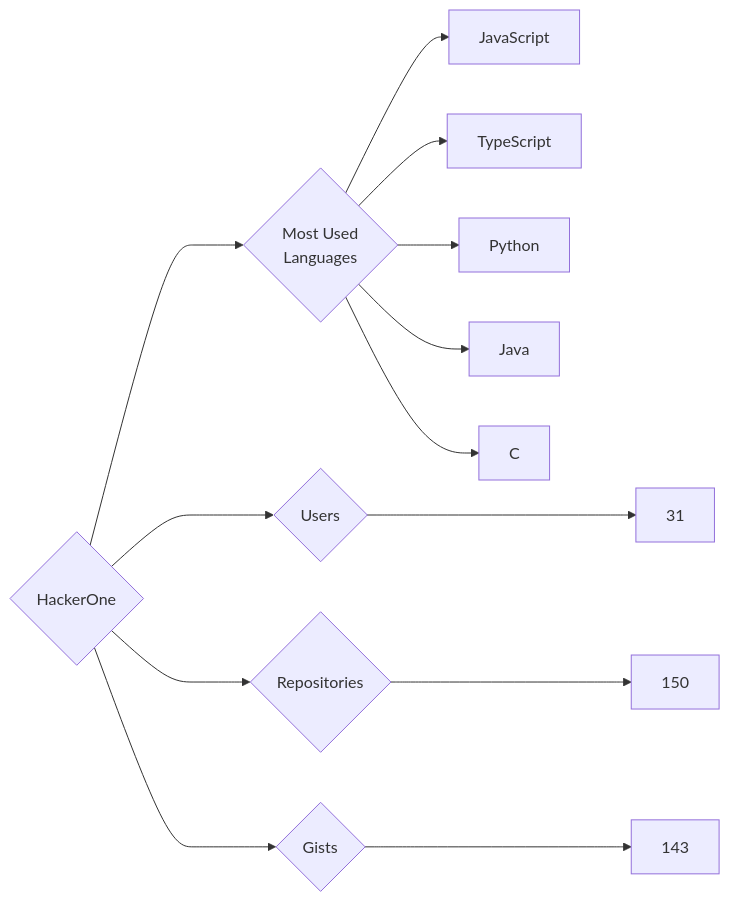
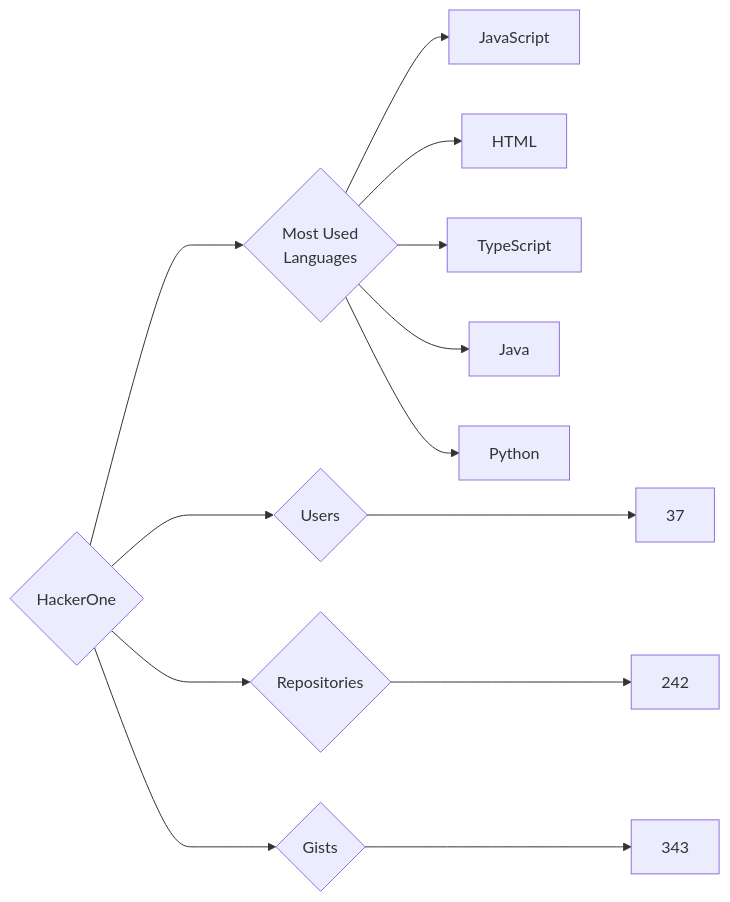
Before and after one commit to trickest/insiders: the diagram in targets/HackerOne/README.md, drawn with Mermaid. The commit also changed 773 other files, not shown here.

````diff
--- a/targets/HackerOne/README.md
+++ b/targets/HackerOne/README.md
@@ -3,13 +3,13 @@
 ```mermaid
 graph LR
 COMPANY_NAME{HackerOne}
-COMPANY_NAME ---> U{Users} ---> UN[31]
-COMPANY_NAME ---> R{Repositories} ---> RN[150]
-COMPANY_NAME ---> G{Gists} ---> GN[143]
+COMPANY_NAME ---> U{Users} ---> UN[37]
+COMPANY_NAME ---> R{Repositories} ---> RN[242]
+COMPANY_NAME ---> G{Gists} ---> GN[343]
 COMPANY_NAME ---> ML{Most Used<br>Languages}
 ML --> JavaScript[JavaScript]
+ML --> HTML[HTML]
 ML --> TypeScript[TypeScript]
+ML --> Java[Java]
 ML --> Python[Python]
-ML --> Java[Java]
-ML --> C[C]
 ```
````
